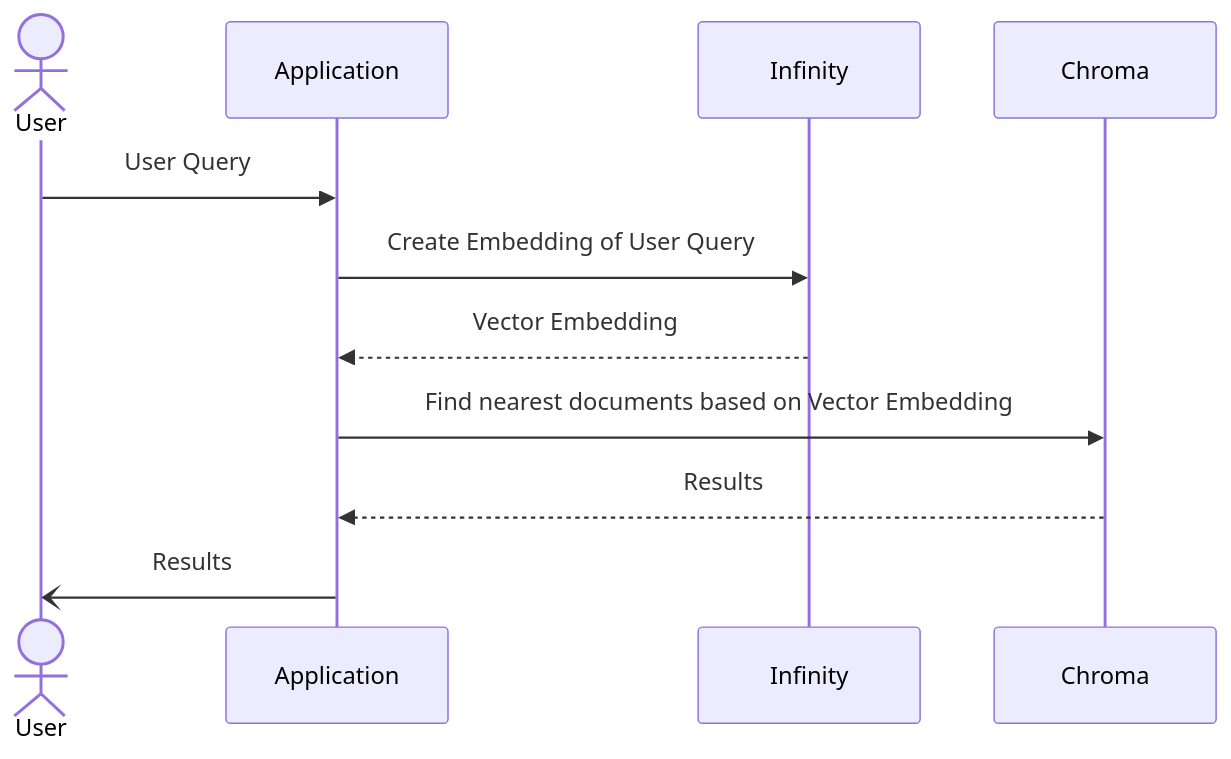
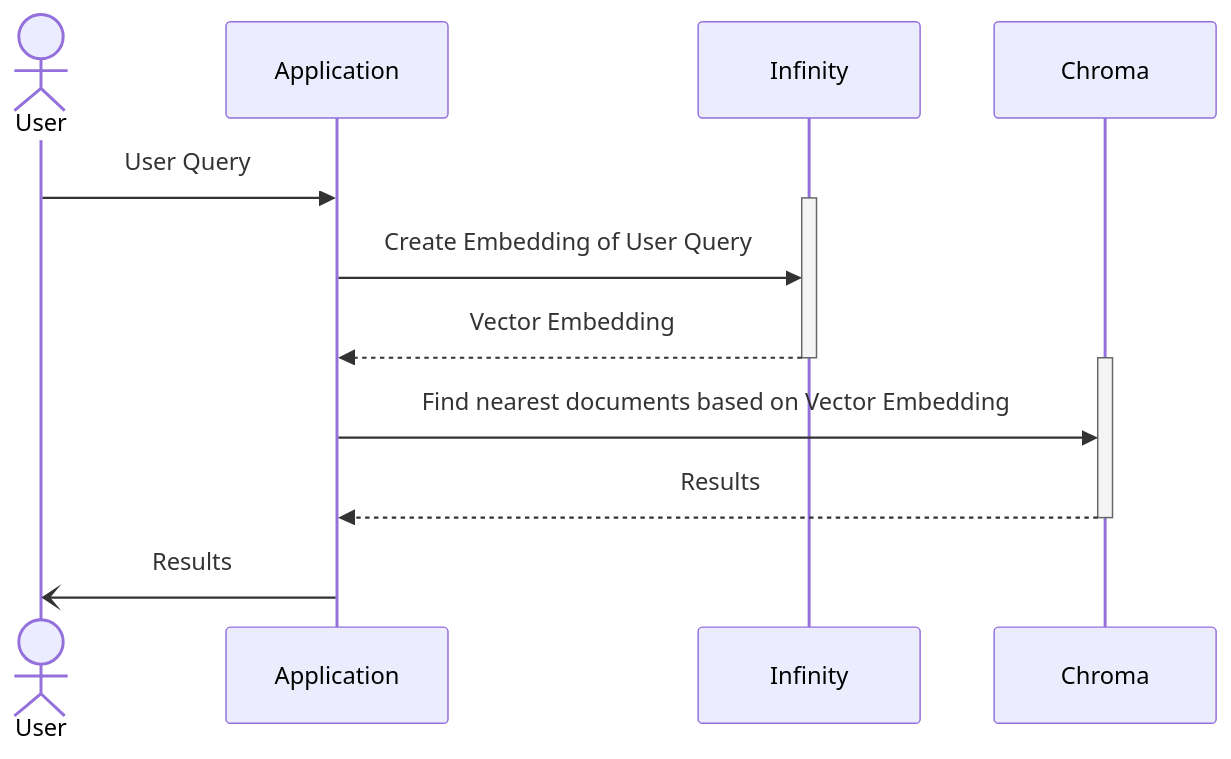
One commit to cygni/cygni-competence-vectordbs changed the diagram in README.md. Above: the diagram before and after it, drawn with Mermaid.

Commit message:
Fixed formatting

````diff
--- a/README.md
+++ b/README.md
@@ -12,10 +12,14 @@
 ```mermaid
 sequenceDiagram
     actor User
     User->>Application: User Query
+    activate Infinity
     Application->>Infinity: Create Embedding of User Query
     Infinity-->>Application: Vector Embedding
+    deactivate Infinity
+    activate Chroma
     Application->>Chroma: Find nearest documents based on Vector Embedding
     Chroma-->>Application: Results
+    deactivate Chroma
     Application-)User: Results
 ```
````
